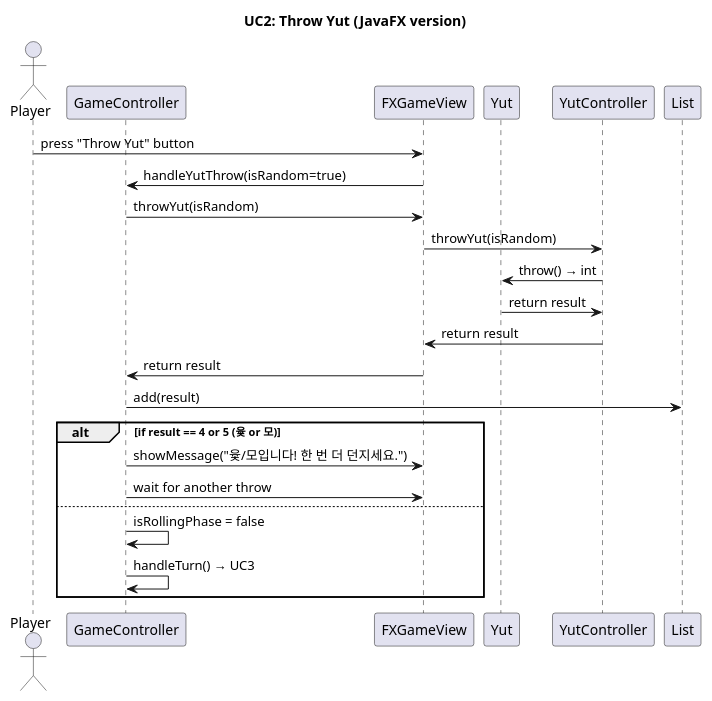
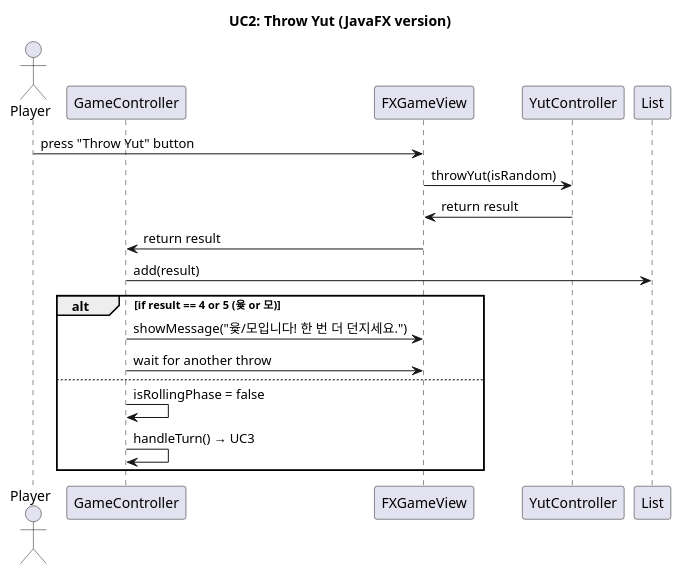
One commit to jack0928/SE-Term-Project-2025 changed the diagram in UC2FX.puml. Above: the diagram before and after it, drawn with PlantUML. The commit also changed 1 other file, not shown here.

```diff
--- a/UC2FX.puml
+++ b/UC2FX.puml
@@ -1,31 +1,27 @@
 @startuml
 title UC2: Throw Yut (JavaFX version)
 
 actor Player
 participant GameController as GameController
 participant FXGameView as FXGameView
-participant Yut as Yut
 participant YutController as YutController
 participant List as stepQueue
 
 Player -> FXGameView : press "Throw Yut" button
-FXGameView -> GameController : handleYutThrow(isRandom=true)
 
-GameController -> FXGameView : throwYut(isRandom)
 FXGameView -> YutController : throwYut(isRandom)
-YutController -> Yut : throw() → int
-Yut -> YutController : return result
+
 YutController -> FXGameView : return result
 FXGameView -> GameController : return result
 
 GameController -> stepQueue : add(result)
 
 alt if result == 4 or 5 (윷 or 모)
     GameController -> FXGameView : showMessage("윷/모입니다! 한 번 더 던지세요.")
     GameController -> FXGameView : wait for another throw
 else
     GameController -> GameController : isRollingPhase = false
     GameController -> GameController : handleTurn() → UC3
 end alt
 
 @enduml
```
